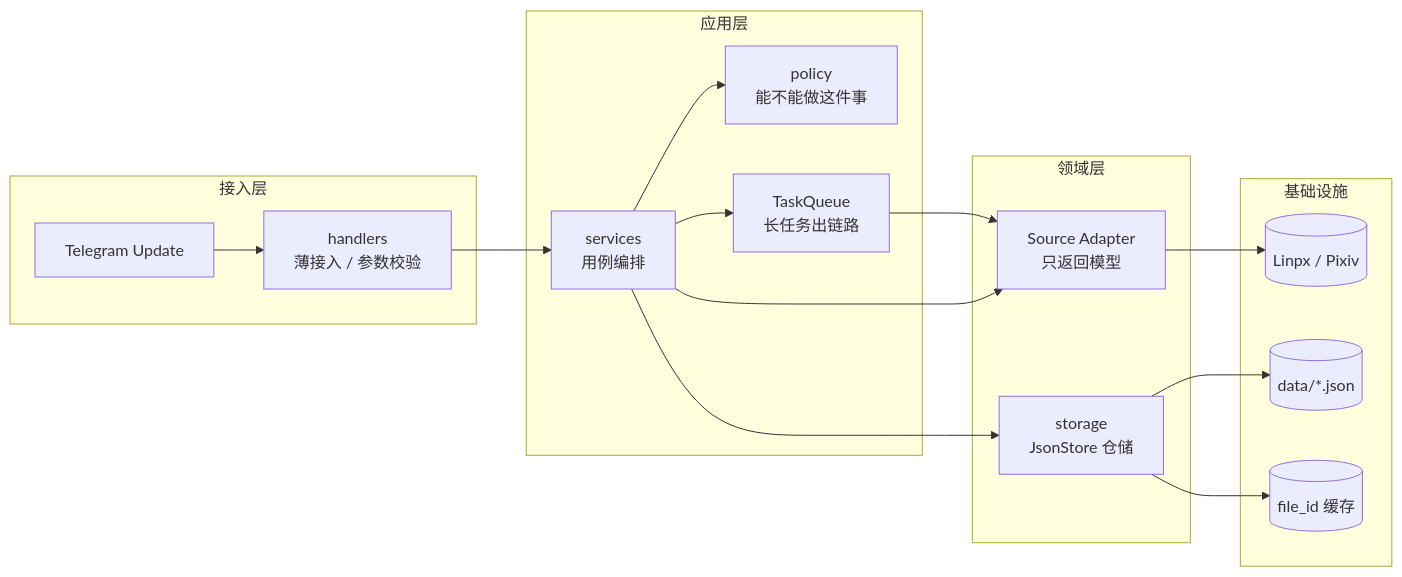
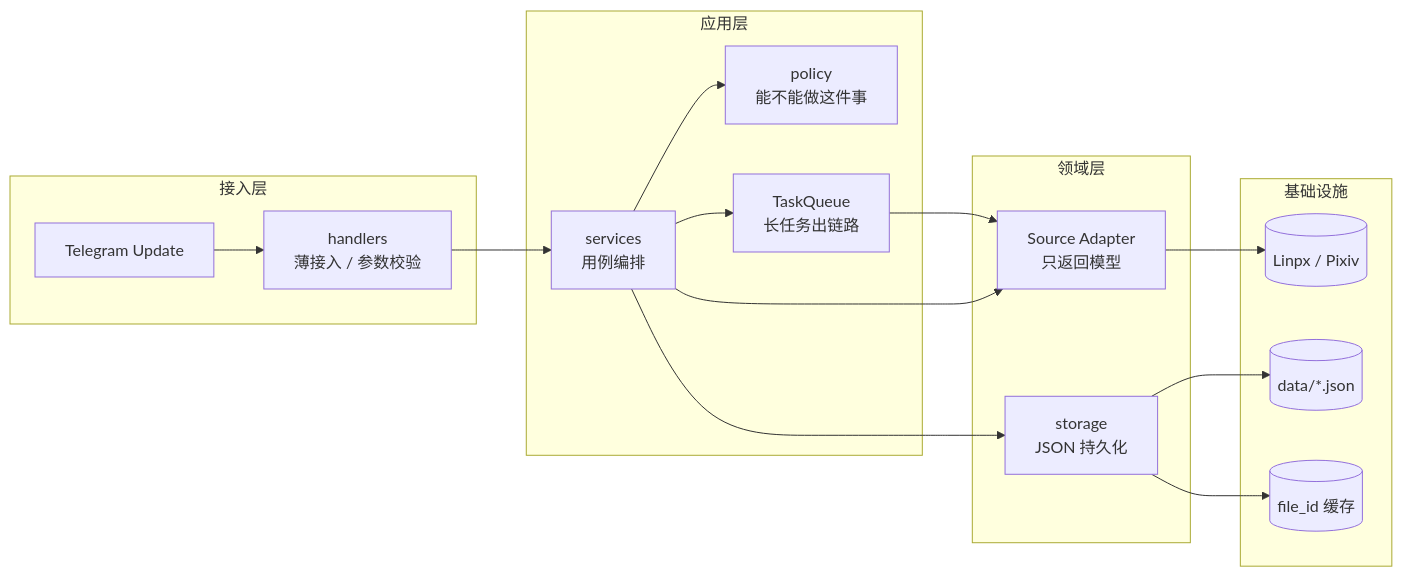
One commit to DowneyRem/FurryReadingBot changed the diagram in docs/06-未来架构.md. Above: the diagram before and after it, drawn with Mermaid. The commit also changed other lines of this file and 4 other files, not shown here.

````diff
--- a/docs/06-未来架构.md
+++ b/docs/06-未来架构.md
@@ -27,24 +25,24 @@
 ```mermaid
 flowchart LR
     subgraph 接入层
         telegram["Telegram Update"] --> handlers["handlers<br/>薄接入 / 参数校验"]
     end
 
     subgraph 应用层
         handlers --> services["services<br/>用例编排"]
         services --> policy["policy<br/>能不能做这件事"]
         services --> taskQueue["TaskQueue<br/>长任务出链路"]
     end
 
     subgraph 领域层
         services --> sourceAdapter["Source Adapter<br/>只返回模型"]
-        services --> storage["storage<br/>JsonStore 仓储"]
+        services --> storage["storage<br/>JSON 持久化"]
     end
 
     subgraph 基础设施
         storage --> db[("data/*.json")]
         sourceAdapter --> api[("Linpx / Pixiv")]
         taskQueue --> sourceAdapter
         storage --> cache[("file_id 缓存")]
     end
 ```
````
